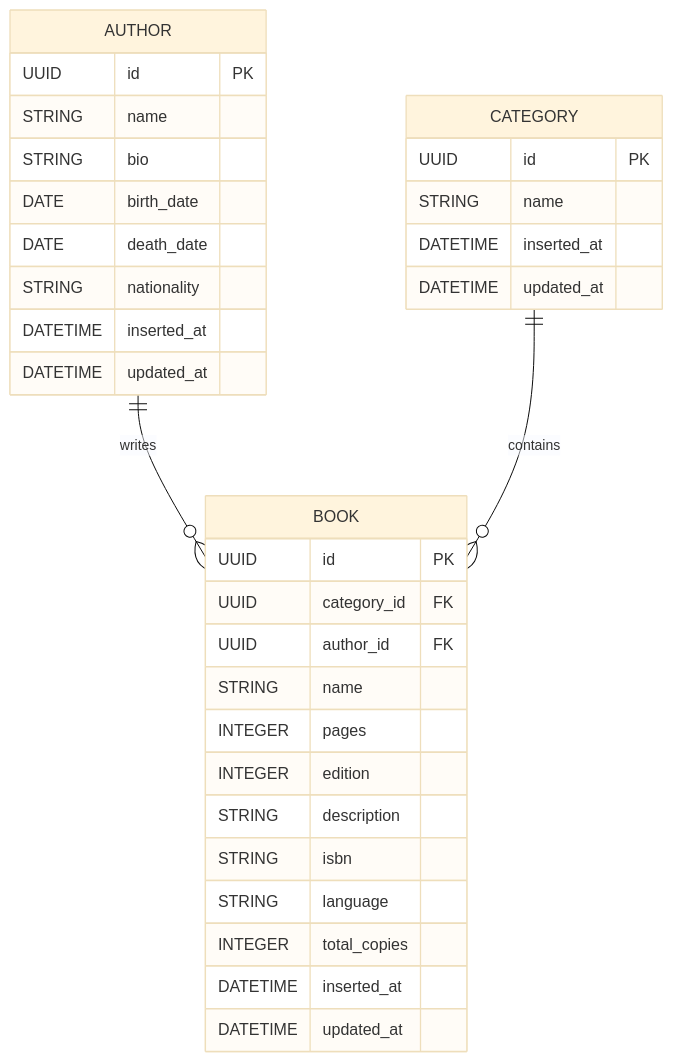
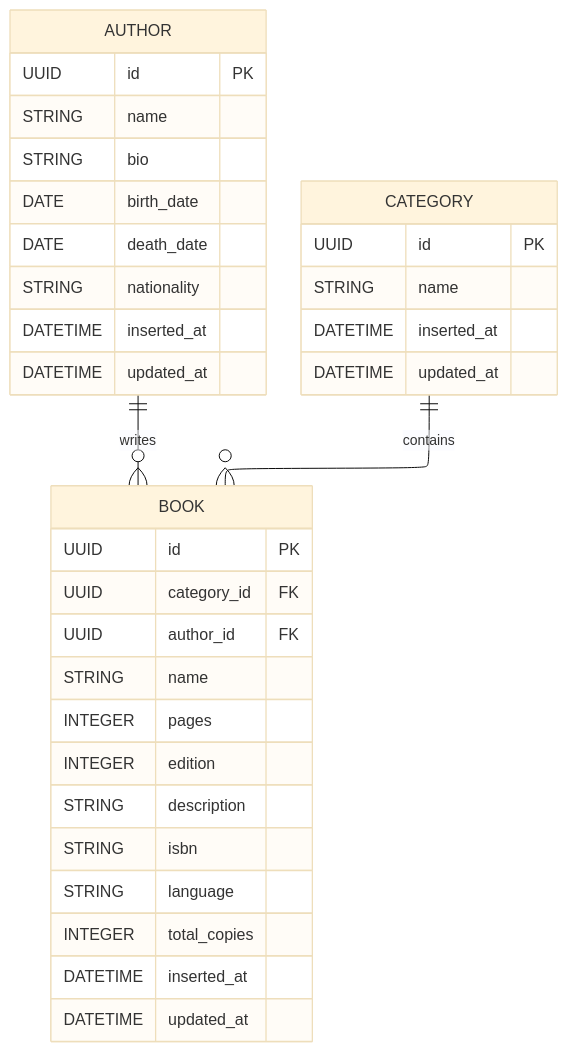
One commit to ali1ariel/alashandria changed the first of 3 diagrams in docs/architecture.md. Above: the diagram before and after it, drawn with Mermaid (base theme). The commit also changed other lines of this file, not shown here.

Commit message:
feat: update architecture with details

````diff
--- a/docs/architecture.md
+++ b/docs/architecture.md
@@ -17,40 +19,44 @@
 ```mermaid
+---
+config:
+  layout: elk
+---
 erDiagram
     AUTHOR ||--o{ BOOK : writes
     CATEGORY ||--o{ BOOK : contains
 
     AUTHOR {
 
         UUID id PK
         STRING name
         STRING bio
         DATE birth_date
         DATE death_date
         STRING nationality
         DATETIME inserted_at
         DATETIME updated_at
 
     }
 
     CATEGORY {
         UUID id PK
         STRING name
         DATETIME inserted_at
         DATETIME updated_at
     }
 
     BOOK {
         UUID id PK
         UUID category_id FK
         UUID author_id FK
         STRING name
         INTEGER pages
         INTEGER edition
         STRING description
         STRING isbn
         STRING language
         INTEGER total_copies
         DATETIME inserted_at
         DATETIME updated_at
     }
 ```
````
